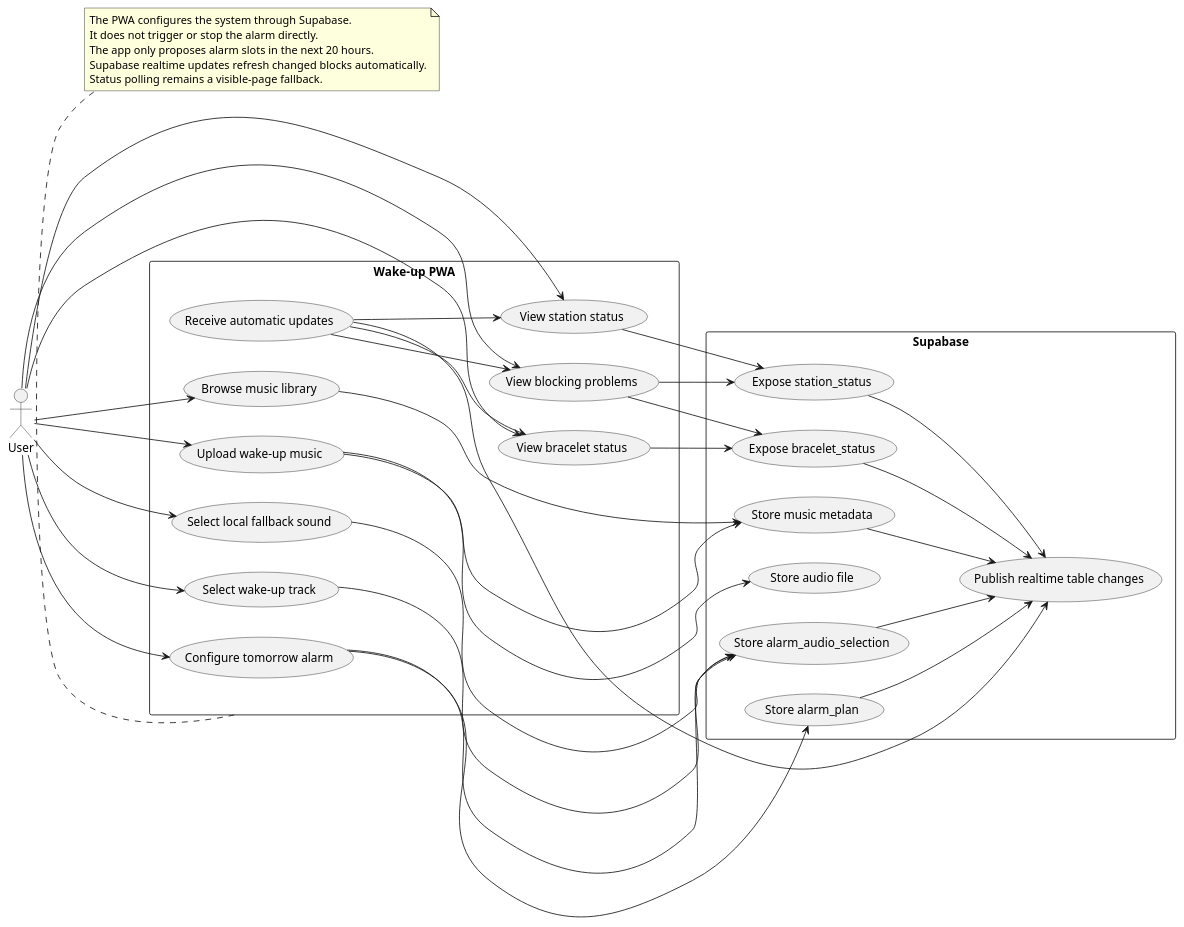
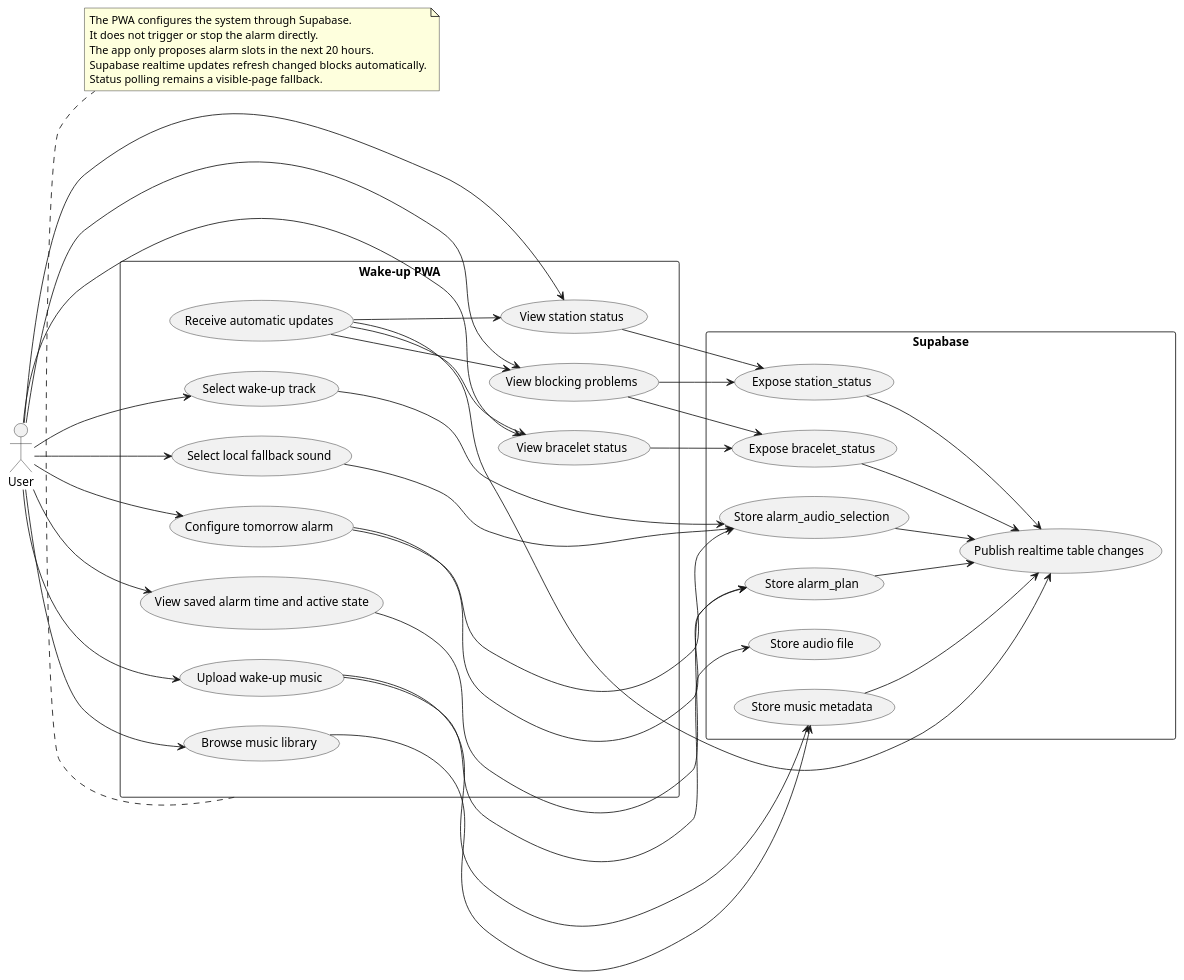
The diagram in code/app mobile/UML/use_cases.puml (Jzn-wbr/Starter), drawn with PlantUML before and after one commit. The commit also changed 2 other files, not shown here.

Commit message:
Improve alarm UI clarity and status layout

```diff
--- a/code/app mobile/UML/use_cases.puml
+++ b/code/app mobile/UML/use_cases.puml
@@ -1,68 +1,71 @@
 @startuml
 left to right direction
 skinparam packageStyle rectangle
 skinparam shadowing false
 
 actor "User" as User
 
 rectangle "Wake-up PWA" {
   usecase "Upload wake-up music" as UploadMusic
   usecase "Browse music library" as BrowseMusic
   usecase "Select wake-up track" as SelectTrack
   usecase "Select local fallback sound" as SelectFallback
   usecase "Configure tomorrow alarm" as ConfigureAlarm
+  usecase "View saved alarm time and active state" as ViewSavedAlarm
   usecase "View station status" as ViewStationStatus
   usecase "View bracelet status" as ViewBraceletStatus
   usecase "View blocking problems" as ViewProblems
   usecase "Receive automatic updates" as ReceiveUpdates
 }
 
 rectangle "Supabase" {
   usecase "Store audio file" as StoreAudio
   usecase "Store music metadata" as StoreMusicMetadata
   usecase "Store alarm_plan" as StoreAlarmPlan
   usecase "Store alarm_audio_selection" as StoreAlarmAudio
   usecase "Expose station_status" as ExposeStationStatus
   usecase "Expose bracelet_status" as ExposeBraceletStatus
   usecase "Publish realtime table changes" as PublishRealtime
 }
 
 User --> UploadMusic
 User --> BrowseMusic
 User --> SelectTrack
 User --> SelectFallback
 User --> ConfigureAlarm
+User --> ViewSavedAlarm
 User --> ViewStationStatus
 User --> ViewBraceletStatus
 User --> ViewProblems
 ReceiveUpdates --> ViewStationStatus
 ReceiveUpdates --> ViewBraceletStatus
 ReceiveUpdates --> ViewProblems
 
 UploadMusic --> StoreAudio
 UploadMusic --> StoreMusicMetadata
 BrowseMusic --> StoreMusicMetadata
 SelectTrack --> StoreAlarmAudio
 SelectFallback --> StoreAlarmAudio
 ConfigureAlarm --> StoreAlarmPlan
 ConfigureAlarm --> StoreAlarmAudio
+ViewSavedAlarm --> StoreAlarmPlan
 ViewStationStatus --> ExposeStationStatus
 ViewBraceletStatus --> ExposeBraceletStatus
 ViewProblems --> ExposeStationStatus
 ViewProblems --> ExposeBraceletStatus
 ExposeStationStatus --> PublishRealtime
 ExposeBraceletStatus --> PublishRealtime
 StoreAlarmPlan --> PublishRealtime
 StoreAlarmAudio --> PublishRealtime
 StoreMusicMetadata --> PublishRealtime
 ReceiveUpdates --> PublishRealtime
 
 note bottom of "Wake-up PWA"
   The PWA configures the system through Supabase.
   It does not trigger or stop the alarm directly.
   The app only proposes alarm slots in the next 20 hours.
   Supabase realtime updates refresh changed blocks automatically.
   Status polling remains a visible-page fallback.
 end note
 
 @enduml
```
